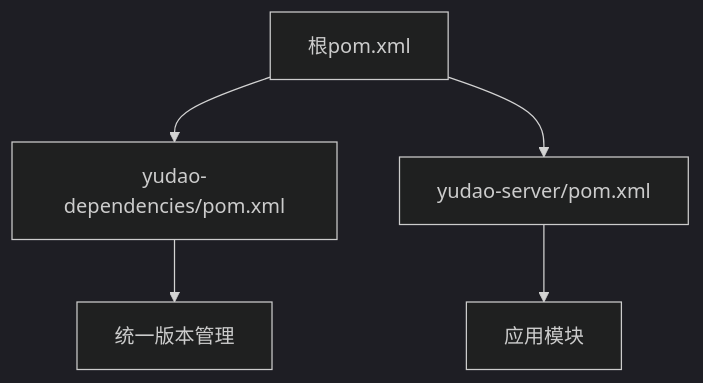
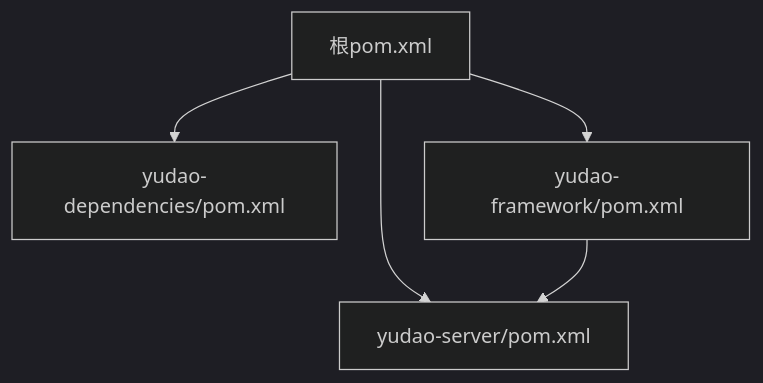
One commit to xiaoche80s-tech/rouyi-vue-pro changed the sixth of 6 diagrams in .qoder/repowiki/zh/content/故障排查/启动问题排查.md. Above: the diagram before and after it, drawn with Mermaid (dark theme). The commit also changed other lines of this file and 840 other files, not shown here.

````diff
--- a/.qoder/repowiki/zh/content/故障排查/启动问题排查.md
+++ b/.qoder/repowiki/zh/content/故障排查/启动问题排查.md
@@ -212,7 +246,11 @@
 ```mermaid
 graph TB
-Root["根pom.xml"] --> Deps["yudao-dependencies/pom.xml"]
-Root --> Server["yudao-server/pom.xml"]
-Deps --> Versions["统一版本管理"]
-Server --> App["应用模块"]
+Root["根pom.xml"]
+Deps["yudao-dependencies/pom.xml"]
+FW["yudao-framework/pom.xml"]
+Server["yudao-server/pom.xml"]
+Root --> Deps
+Root --> FW
+Root --> Server
+FW --> Server
 ```
````
